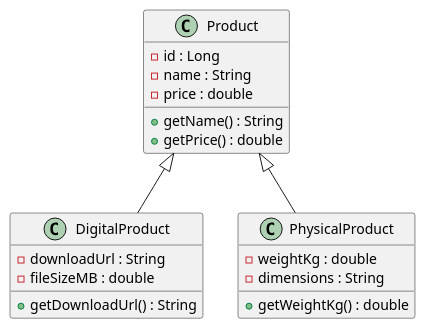
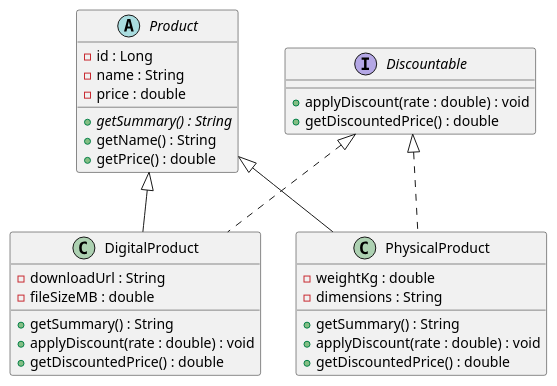
The diagram in docs/uml/product-hierarchy.puml (nirwan-ayy/products-api), drawn with PlantUML before and after one commit. The commit also changed 7 other files, not shown here.

Commit message:
Tutorial 5: polymorphism — getSummary override and Discountable interface

```diff
--- a/docs/uml/product-hierarchy.puml
+++ b/docs/uml/product-hierarchy.puml
@@ -1,24 +1,39 @@
 @startuml
-class Product {
+abstract class Product {
   - id : Long
   - name : String
   - price : double
+  + {abstract} getSummary() : String
   + getName() : String
   + getPrice() : double
+}
+
+interface Discountable {
+  + applyDiscount(rate : double) : void
+  + getDiscountedPrice() : double
 }
 
 class DigitalProduct {
   - downloadUrl : String
   - fileSizeMB : double
-  + getDownloadUrl() : String
+  + getSummary() : String
+  + applyDiscount(rate : double) : void
+  + getDiscountedPrice() : double
 }
 
 class PhysicalProduct {
   - weightKg : double
   - dimensions : String
-  + getWeightKg() : double
+  + getSummary() : String
+  + applyDiscount(rate : double) : void
+  + getDiscountedPrice() : double
 }
 
+' <|-- generalisation (extends): SOLID line
 Product <|-- DigitalProduct
 Product <|-- PhysicalProduct
+
+' <|.. realisation (implements): DASHED line
+Discountable <|.. DigitalProduct
+Discountable <|.. PhysicalProduct
 @enduml
```
